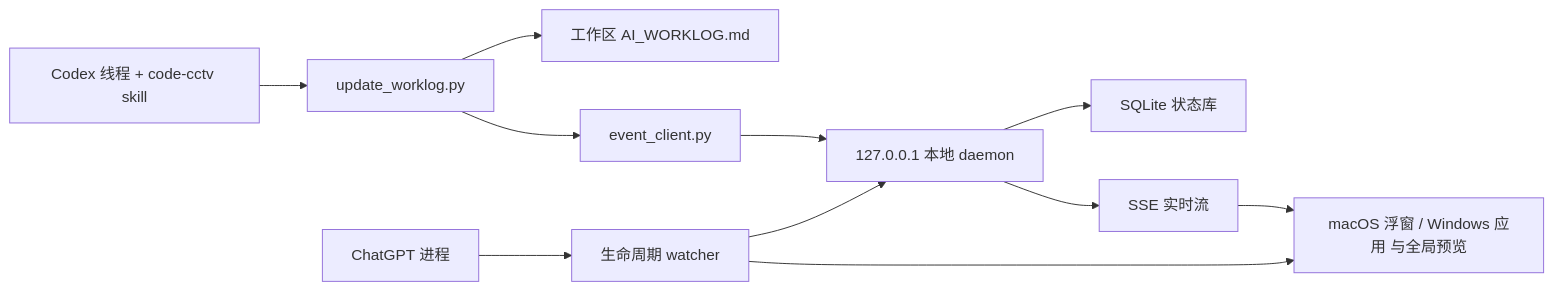
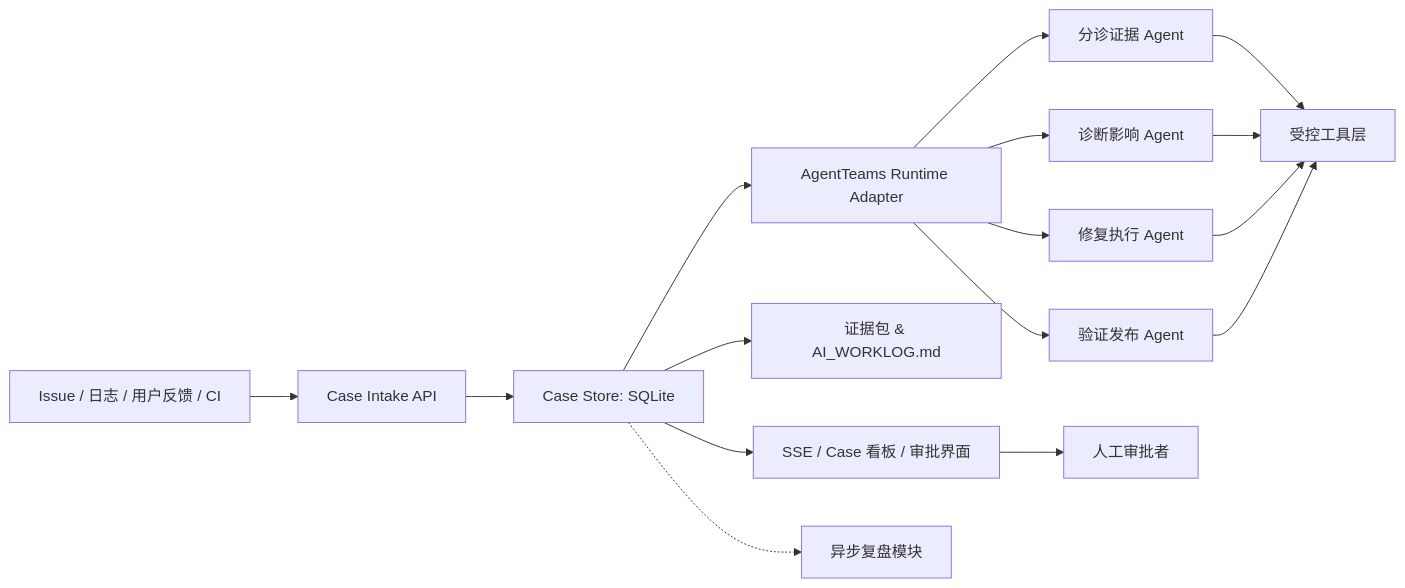
The diagram in README.md (cyc120/code-defog), drawn with Mermaid before and after one commit. The commit also changed other lines of this file and 44 other files, not shown here.

````diff
--- a/README.md
+++ b/README.md
@@ -88,13 +76,18 @@
 ```mermaid
 flowchart LR
-    A["Codex 线程 + code-cctv skill"] --> B["update_worklog.py"]
-    B --> C["工作区 AI_WORKLOG.md"]
-    B --> D["event_client.py"]
-    D --> E["127.0.0.1 本地 daemon"]
-    E --> F["SQLite 状态库"]
-    E --> G["SSE 实时流"]
-    G --> H["macOS 浮窗 / Windows 应用 与全局预览"]
-    I["ChatGPT 进程"] --> J["生命周期 watcher"]
-    J --> E
-    J --> H
+    I["Issue / 日志 / 用户反馈 / CI"] --> C["Case Intake API"]
+    C --> S["Case Store: SQLite"]
+    S --> O["AgentTeams Runtime Adapter"]
+    O --> A1["分诊证据 Agent"]
+    O --> A2["诊断影响 Agent"]
+    O --> A3["修复执行 Agent"]
+    O --> A4["验证发布 Agent"]
+    A1 --> T["受控工具层"]
+    A2 --> T
+    A3 --> T
+    A4 --> T
+    S --> E["证据包 & AI_WORKLOG.md"]
+    S --> P["SSE / Case 看板 / 审批界面"]
+    P --> H["人工审批者"]
+    S -.-> R["异步复盘模块"]
 ```
````
